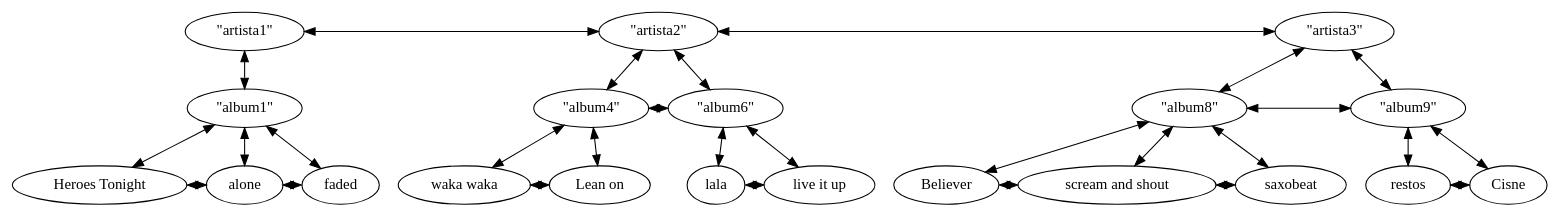
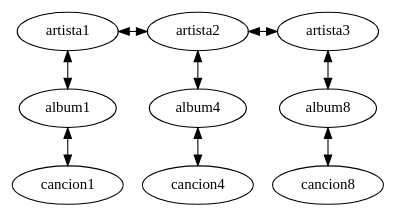
One commit to DiegoAcetun/ReproductorDeMusicaPython changed the diagram in python/ejemplo2.gv. Above: the diagram before and after it, drawn with Graphviz. The commit also changed 15 other files, not shown here.

```diff
--- a/python/ejemplo2.gv
+++ b/python/ejemplo2.gv
@@ -1,50 +1,19 @@
 digraph ejemplo2 {
-	0 [label="\"artista1\""]
-	1 [label="\"artista2\""]
+	0 [label=artista1]
+	1 [label=artista2]
 	0 -> 1 [constraint=false dir=both]
-	2 [label="\"artista3\""]
+	2 [label=artista3]
 	1 -> 2 [constraint=false dir=both]
-	3 [label="\"album1\""]
+	3 [label=album1]
 	0 -> 3 [dir=both]
-	4 [label="\"album4\""]
+	4 [label=album4]
 	1 -> 4 [dir=both]
-	5 [label="\"album6\""]
-	1 -> 5 [dir=both]
-	4 -> 5 [constraint=false dir=both]
-	6 [label="\"album8\""]
-	2 -> 6 [dir=both]
-	7 [label="\"album9\""]
-	2 -> 7 [dir=both]
-	6 -> 7 [constraint=false dir=both]
-	8 [label="Heroes Tonight"]
-	3 -> 8 [dir=both]
-	9 [label=alone]
-	3 -> 9 [dir=both]
-	8 -> 9 [constraint=false dir=both]
-	10 [label=faded]
-	3 -> 10 [dir=both]
-	9 -> 10 [constraint=false dir=both]
-	11 [label="waka waka"]
-	4 -> 11 [dir=both]
-	12 [label="Lean on"]
-	4 -> 12 [dir=both]
-	11 -> 12 [constraint=false dir=both]
-	13 [label=lala]
-	5 -> 13 [dir=both]
-	14 [label="live it up"]
-	5 -> 14 [dir=both]
-	13 -> 14 [constraint=false dir=both]
-	15 [label=Believer]
-	6 -> 15 [dir=both]
-	16 [label="scream and shout"]
-	6 -> 16 [dir=both]
-	15 -> 16 [constraint=false dir=both]
-	17 [label=saxobeat]
-	6 -> 17 [dir=both]
-	16 -> 17 [constraint=false dir=both]
-	18 [label=restos]
-	7 -> 18 [dir=both]
-	19 [label=Cisne]
-	7 -> 19 [dir=both]
-	18 -> 19 [constraint=false dir=both]
+	5 [label=album8]
+	2 -> 5 [dir=both]
+	6 [label=cancion1]
+	3 -> 6 [dir=both]
+	7 [label=cancion4]
+	4 -> 7 [dir=both]
+	8 [label=cancion8]
+	5 -> 8 [dir=both]
 }
```
